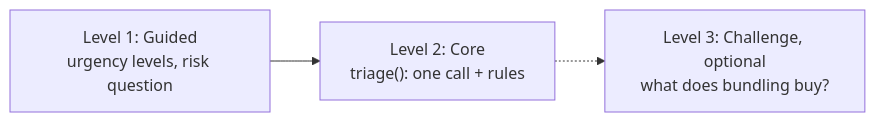
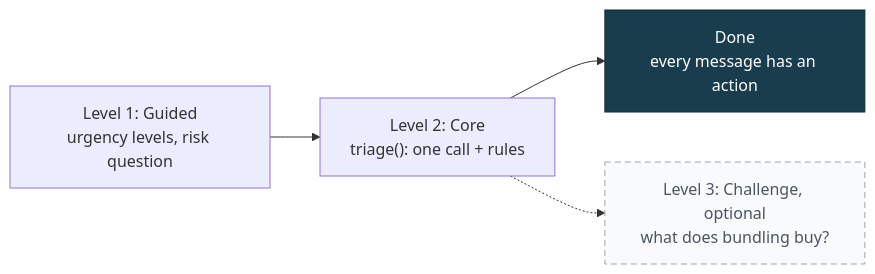
One commit to axel-sirota/getting_started_jev changed the eighth of 11 diagrams in imp_files/slides/module01_diagrams.md. Above: the diagram before and after it, drawn with Mermaid. The commit also changed other lines of this file and 38 other files, not shown here.

Commit message:
Module 1: notebooks, diagrams and deck

````diff
--- a/imp_files/slides/module01_diagrams.md
+++ b/imp_files/slides/module01_diagrams.md
@@ -96,5 +107,10 @@
 ```mermaid
 flowchart LR
   L1["Level 1: Guided<br/>urgency levels, risk question"] --> L2["Level 2: Core<br/>triage(): one call + rules"]
+  L2 --> D["Done<br/>every message has an action"]
   L2 -.-> L3["Level 3: Challenge, optional<br/>what does bundling buy?"]
+  classDef done fill:#1A3D4D,stroke:#0F2938,color:#FFFFFF
+  classDef opt fill:#F9FAFB,stroke:#9CA3AF,color:#4B5563,stroke-dasharray:6 4
+  class D done
+  class L3 opt
 ```
````
